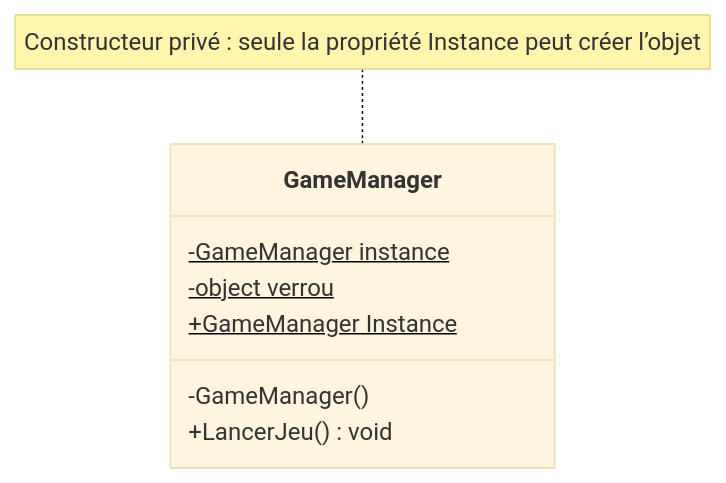
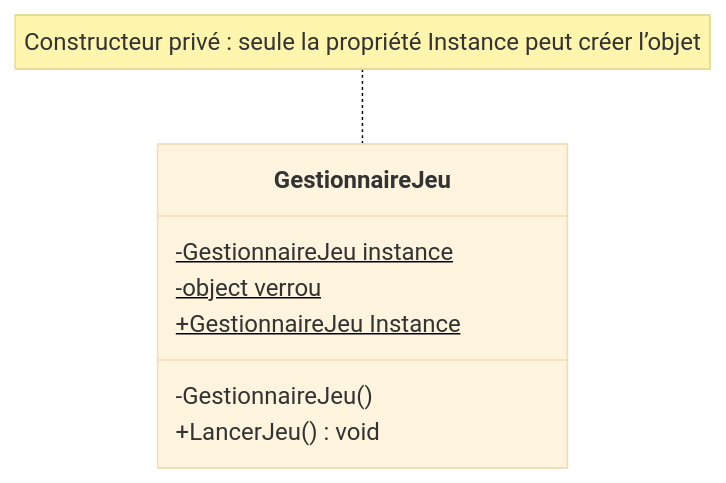
Before and after one commit to JulesGilli/object-oriented-programming-course: the first of 2 diagrams in Chapitre 2/Partie I — Patterns Créationnels/1. Singleton.md, drawn with Mermaid (base theme). The commit also changed other lines of this file and 24 other files, not shown here.

````diff
--- a/Chapitre 2/Partie I — Patterns Créationnels/1. Singleton.md
+++ b/Chapitre 2/Partie I — Patterns Créationnels/1. Singleton.md
@@ -87,11 +87,11 @@
 ```mermaid
 classDiagram
-    class GameManager {
-        -GameManager instance$
+    class GestionnaireJeu {
+        -GestionnaireJeu instance$
         -object verrou$
-        -GameManager()
-        +GameManager Instance$
+        -GestionnaireJeu()
+        +GestionnaireJeu Instance$
         +LancerJeu() void
     }
-    note for GameManager "Constructeur privé : seule la propriété Instance peut créer l’objet"
+    note for GestionnaireJeu "Constructeur privé : seule la propriété Instance peut créer l’objet"
 ```
````
